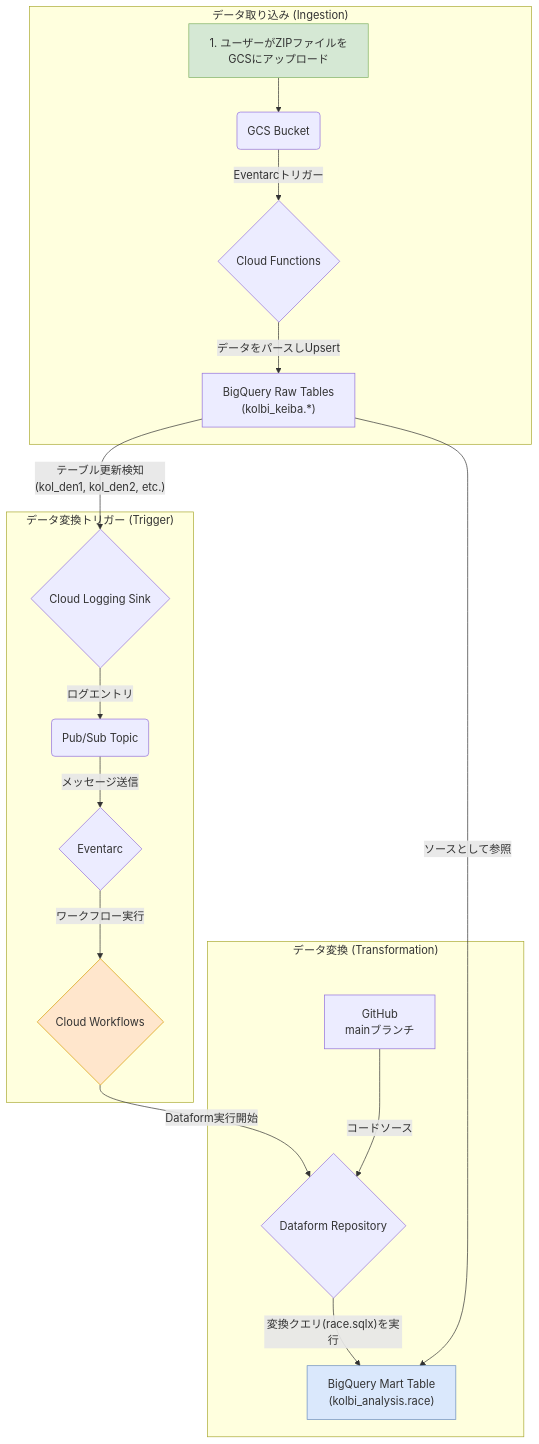
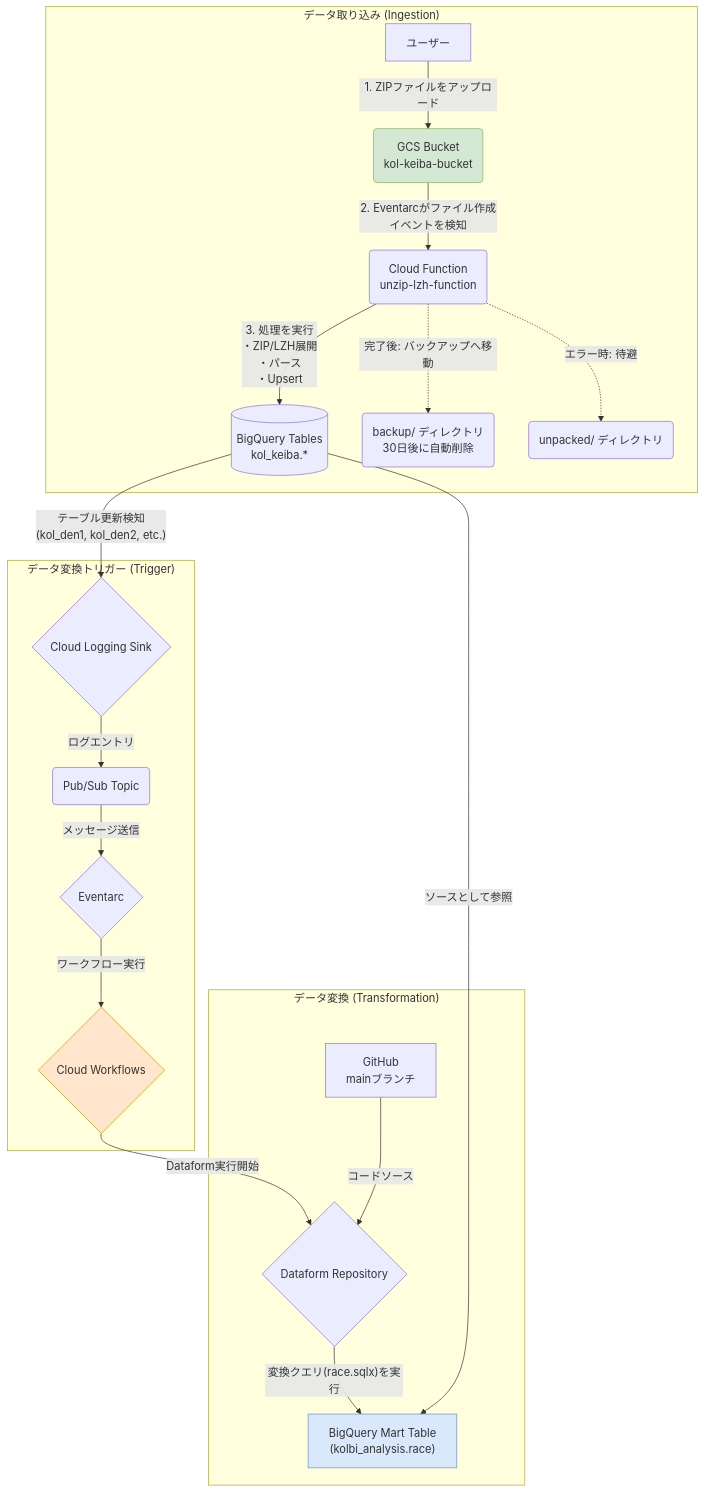
Before and after one commit to ENDoDo/kol-gcp-dataform: the diagram in README.md, drawn with Mermaid.

Commit message:
README.mdのアーキテクチャ図を更新しました。 Ingestion（データ取り込み）部分を、提供いただいた図を元に詳細化（バックアップ処理やアンパック処理の明記）しました。

````diff
--- a/README.md
+++ b/README.md
@@ -17,26 +17,28 @@
 ```mermaid
 graph TD
     subgraph "データ取り込み (Ingestion)"
-        A[1. ユーザーがZIPファイルをGCSにアップロード] --> B(GCS Bucket);
-        B -- Eventarcトリガー --> C{Cloud Functions};
-        C -- データをパースしUpsert --> D["BigQuery Raw Tables<br>(kolbi_keiba.*)"];
+        User[ユーザー] -->|1. ZIPファイルをアップロード| GCS(GCS Bucket<br>kol-keiba-bucket);
+        GCS -->|2. Eventarcがファイル作成イベントを検知| CF(Cloud Function<br>unzip-lzh-function);
+        CF -->|3. 処理を実行<br>・ZIP/LZH展開<br>・パース<br>・Upsert| D[(BigQuery Tables<br>kol_keiba.*)];
+        CF -.->|完了後: バックアップへ移動| Backup(backup/ ディレクトリ<br>30日後に自動削除);
+        CF -.->|エラー時: 待避| Unpacked(unpacked/ ディレクトリ);
     end
 
     subgraph "データ変換トリガー (Trigger)"
         D -- "テーブル更新検知<br>(kol_den1, kol_den2, etc.)" --> L{Cloud Logging Sink};
         L -- "ログエントリ" --> P(Pub/Sub Topic);
         P -- "メッセージ送信" --> E{Eventarc};
         E -- "ワークフロー実行" --> W{Cloud Workflows};
     end
 
     subgraph "データ変換 (Transformation)"
         Git[GitHub<br>mainブランチ] -- コードソース --> R{Dataform Repository};
         W -- "Dataform実行開始" --> R;
         R -- "変換クエリ(race.sqlx)を実行" --> G["BigQuery Mart Table<br>(kolbi_analysis.race)"];
         D -- ソースとして参照 --> G;
     end
 
-    style A fill:#D5E8D4,stroke:#82B366
+    style GCS fill:#D5E8D4,stroke:#82B366
     style G fill:#DAE8FC,stroke:#6C8EBF
     style W fill:#FFE6CC,stroke:#D79B00
 ```
````
